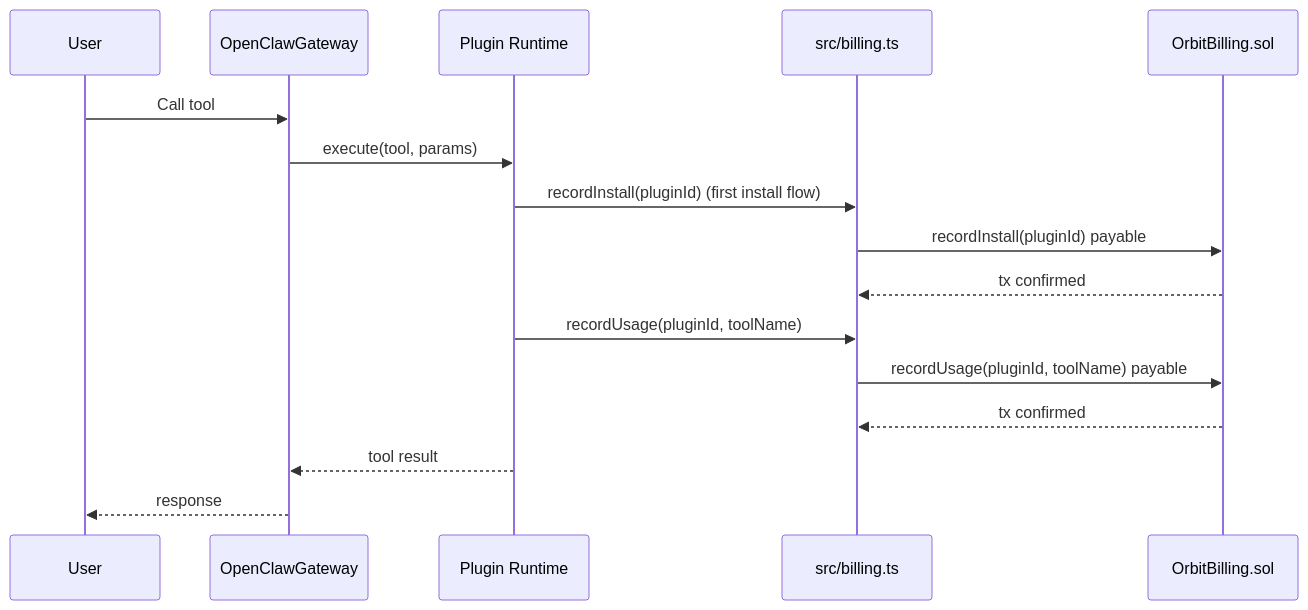
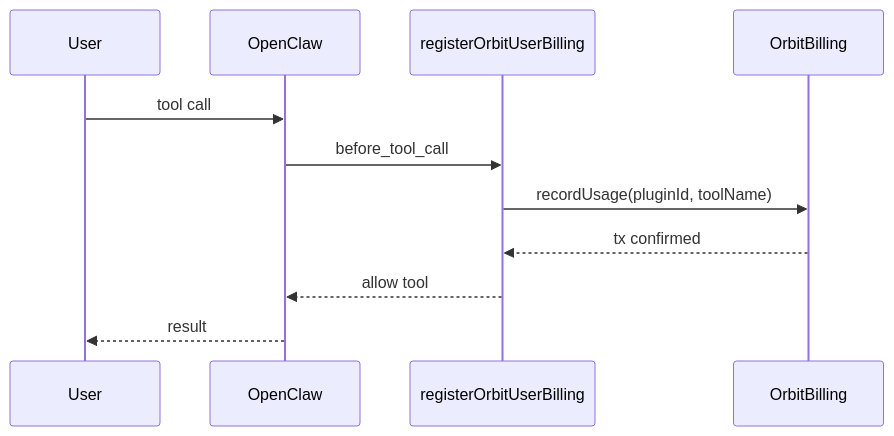
One commit to hunters-code/orbit-sdk changed the second of 2 diagrams in README.md. Above: the diagram before and after it, drawn with Mermaid. The commit also changed other lines of this file and 1 other file, not shown here.

````diff
--- a/README.md
+++ b/README.md
@@ -68,19 +344,14 @@
 ```mermaid
 sequenceDiagram
   participant User
-  participant Gateway as OpenClawGateway
-  participant Plugin as Plugin Runtime
-  participant Billing as src/billing.ts
-  participant Contract as OrbitBilling.sol
+  participant Gateway as OpenClaw
+  participant Hook as registerOrbitUserBilling
+  participant Billing as OrbitBilling
 
-  User->>Gateway: Call tool
-  Gateway->>Plugin: execute(tool, params)
-  Plugin->>Billing: recordInstall(pluginId) (first install flow)
-  Billing->>Contract: recordInstall(pluginId) payable
-  Contract-->>Billing: tx confirmed
-  Plugin->>Billing: recordUsage(pluginId, toolName)
-  Billing->>Contract: recordUsage(pluginId, toolName) payable
-  Contract-->>Billing: tx confirmed
-  Plugin-->>Gateway: tool result
-  Gateway-->>User: response
+  User->>Gateway: tool call
+  Gateway->>Hook: before_tool_call
+  Hook->>Billing: recordUsage(pluginId, toolName)
+  Billing-->>Hook: tx confirmed
+  Hook-->>Gateway: allow tool
+  Gateway-->>User: result
 ```
````
